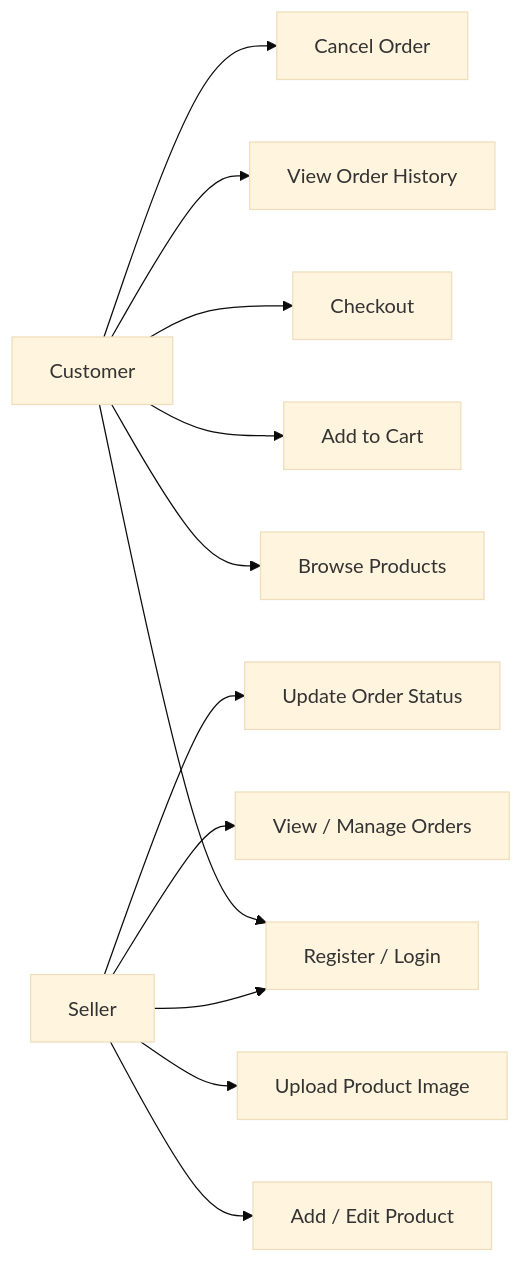
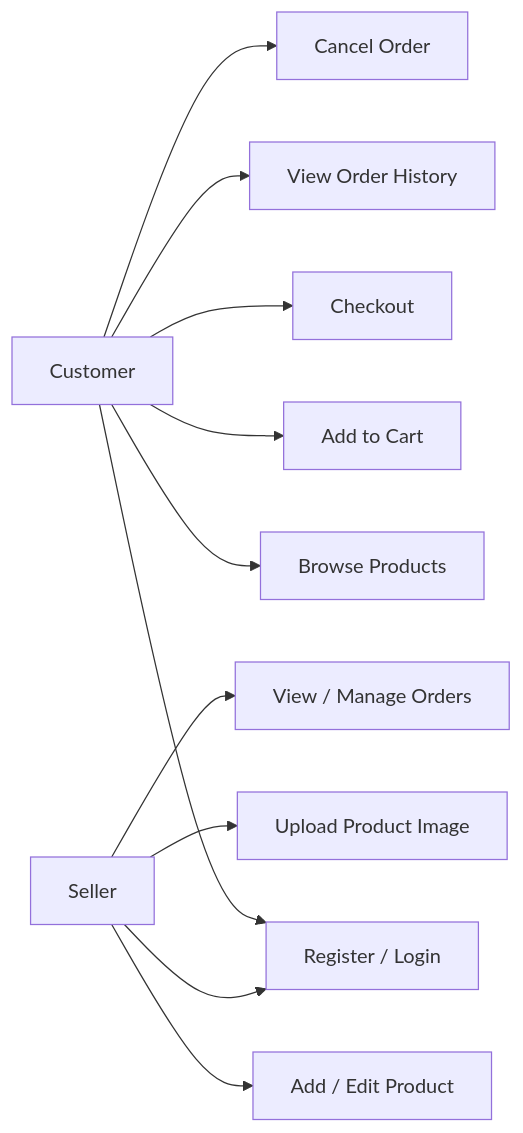
One commit to lovish-ab/grocery_delivery_docs changed the diagram in docs/usecase.md. Above: the diagram before and after it, drawn with Mermaid. The commit also changed other lines of this file and 10 other files, not shown here.

````diff
--- a/docs/usecase.md
+++ b/docs/usecase.md
@@ -152,12 +152,8 @@
 ```mermaid
----
-config:
-  theme: base
----
+ 
 flowchart LR
     Customer["Customer"] --> RegisterLogin["Register / Login"] & BrowseProducts["Browse Products"] & AddToCart["Add to Cart"] & Checkout["Checkout"] & ViewOrderHistory["View Order History"] & CancelOrder["Cancel Order"]
-    Seller["Seller"] --> RegisterLogin & AddEditProduct["Add / Edit Product"] & UploadProductImage["Upload Product Image"] & ViewManageOrders["View / Manage Orders"] & UpdateOrderStatus["Update Order Status"]
-
+    Seller["Seller"] --> RegisterLogin & AddEditProduct["Add / Edit Product"] & UploadProductImage["Upload Product Image"] & ViewManageOrders["View / Manage Orders"]
 
 
 ```
````
